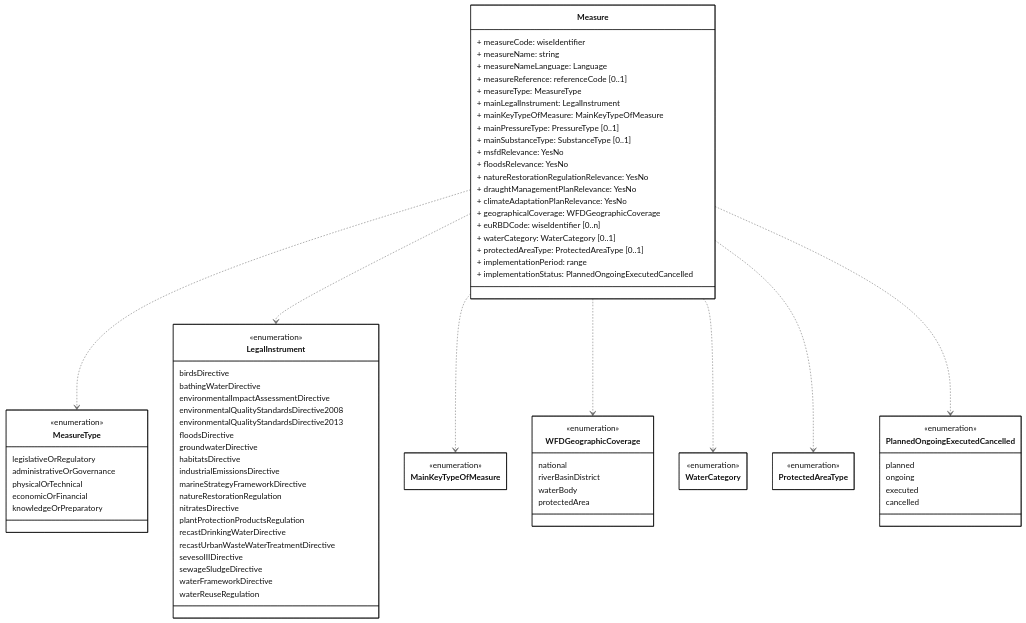
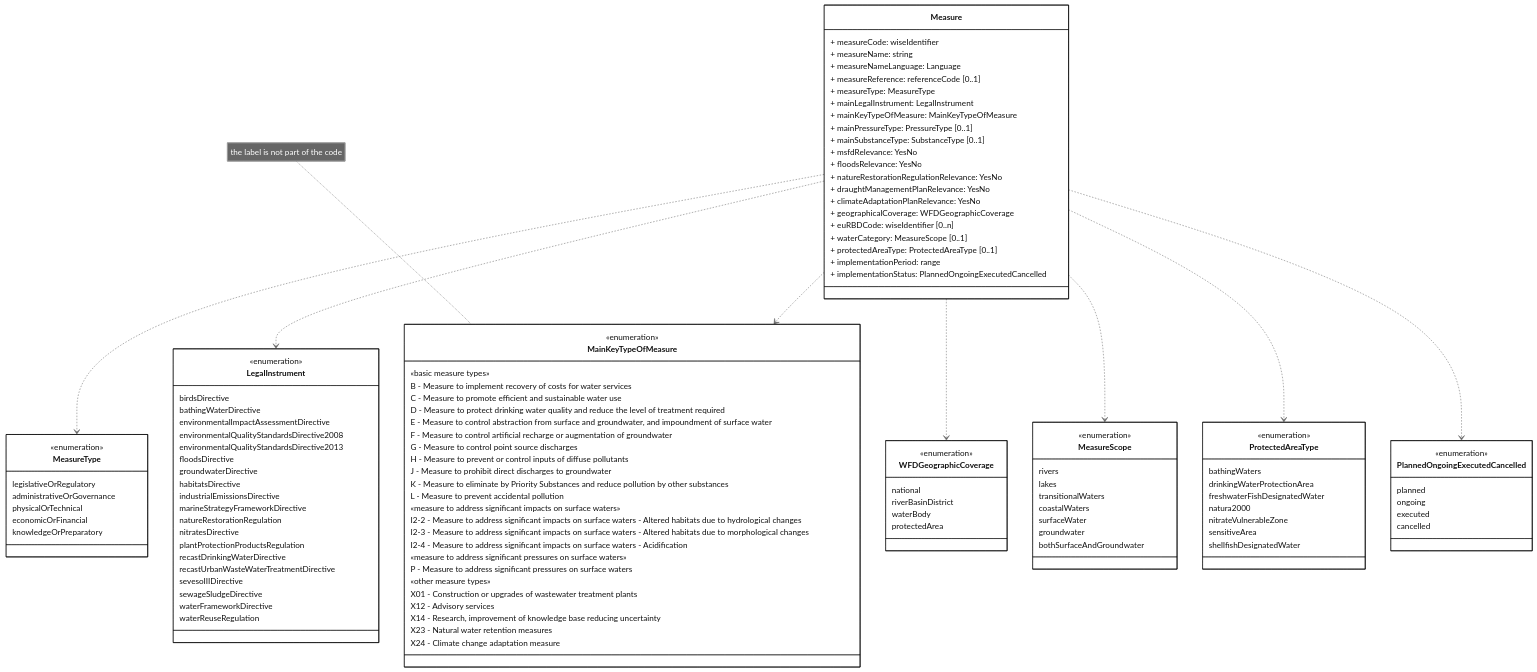
One commit to eeadata/WISE.WFD.Documentation changed the diagram in docs/DataModelReview/mmd/Measures_4thCycle_Measure_ClassDiagram.mmd. Above: the diagram before and after it, drawn with Mermaid. The commit also changed 8 other files, not shown here.

```diff
--- a/docs/DataModelReview/mmd/Measures_4thCycle_Measure_ClassDiagram.mmd
+++ b/docs/DataModelReview/mmd/Measures_4thCycle_Measure_ClassDiagram.mmd
@@ -1,104 +1,143 @@
 ---
 config:
   class:
     hideEmptyMembersBox: true
   layout: dagre
   theme: neutral
 ---
 classDiagram
 direction TB
 
 class Measure {
     + measureCode: wiseIdentifier
     + measureName: string
     + measureNameLanguage: Language
     + measureReference: referenceCode [0..1]
 
     + measureType: MeasureType 
     + mainLegalInstrument: LegalInstrument
     + mainKeyTypeOfMeasure: MainKeyTypeOfMeasure
 
     + mainPressureType: PressureType [0..1]
     + mainSubstanceType: SubstanceType [0..1]
     
     + msfdRelevance: YesNo
     + floodsRelevance: YesNo
     + natureRestorationRegulationRelevance: YesNo
     + draughtManagementPlanRelevance: YesNo
     + climateAdaptationPlanRelevance: YesNo
 
     + geographicalCoverage: WFDGeographicCoverage
     + euRBDCode: wiseIdentifier [0..n]
-    + waterCategory: WaterCategory [0..1]
+    + waterCategory: MeasureScope [0..1]
     + protectedAreaType: ProtectedAreaType [0..1]
 
     + implementationPeriod: range
     + implementationStatus: PlannedOngoingExecutedCancelled
 }
 
 class MeasureType{
     <<enumeration>>
     legislativeOrRegulatory
     administrativeOrGovernance
     physicalOrTechnical
     economicOrFinancial
     knowledgeOrPreparatory
 }
 class LegalInstrument{
     <<enumeration>>
     birdsDirective 
     bathingWaterDirective
     environmentalImpactAssessmentDirective
     environmentalQualityStandardsDirective2008 
     environmentalQualityStandardsDirective2013 
     floodsDirective
     groundwaterDirective 
     habitatsDirective 
     industrialEmissionsDirective
     marineStrategyFrameworkDirective 
     natureRestorationRegulation
     nitratesDirective 
     plantProtectionProductsRegulation
     recastDrinkingWaterDirective
     recastUrbanWasteWaterTreatmentDirective
     sevesoIIIDirective 
     sewageSludgeDirective 
     waterFrameworkDirective
     waterReuseRegulation
 }
 class MainKeyTypeOfMeasure{
     <<enumeration>>
+    «basic measure types»
+    B - Measure to implement recovery of costs for water services
+    C - Measure to promote efficient and sustainable water use
+    D - Measure to protect drinking water quality and reduce the level of treatment required
+    E - Measure to control abstraction from surface and groundwater, and impoundment of surface water
+    F - Measure to control artificial recharge or augmentation of groundwater
+    G - Measure to control point source discharges
+    H - Measure to prevent or control inputs of diffuse pollutants
+    J - Measure to prohibit direct discharges to groundwater
+    K - Measure to eliminate by Priority Substances and reduce pollution by other substances
+    L - Measure to prevent accidental pollution
+    «measure to address significant impacts on surface waters»
+    I2-2 - Measure to address significant impacts on surface waters - Altered habitats due to hydrological changes
+    I2-3 - Measure to address significant impacts on surface waters - Altered habitats due to morphological changes
+    I2-4 - Measure to address significant impacts on surface waters - Acidification
+    «measure to address significant pressures on surface waters»
+    P - Measure to address significant pressures on surface waters
+    «other measure types»
+    X01 - Construction or upgrades of wastewater treatment plants
+    X12 - Advisory services
+    X14 - Research, improvement of knowledge base reducing uncertainty
+    X23 - Natural water retention measures
+    X24 - Climate change adaptation measure
 }
 
 class WFDGeographicCoverage{
     <<enumeration>>
     national
     riverBasinDistrict
     waterBody
     protectedArea    
 }
-class WaterCategory{
+class MeasureScope{
     <<enumeration>>
-}
+    rivers
+    lakes
+    transitionalWaters
+    coastalWaters
+    surfaceWater
+    groundwater
+    bothSurfaceAndGroundwater
+    }
 class ProtectedAreaType{
     <<enumeration>>
+    bathingWaters
+    drinkingWaterProtectionArea
+    freshwaterFishDesignatedWater
+    natura2000
+    nitrateVulnerableZone
+    sensitiveArea
+    shellfishDesignatedWater
 }
 
 class PlannedOngoingExecutedCancelled{
     <<enumeration>>
     planned
     ongoing
     executed
     cancelled
 }
 
 Measure ..> MeasureType
 Measure ..> LegalInstrument
 Measure ..> MainKeyTypeOfMeasure
 Measure ..> WFDGeographicCoverage
-Measure ..> WaterCategory
+Measure ..> MeasureScope
 Measure ..> ProtectedAreaType
 Measure ..> PlannedOngoingExecutedCancelled
 
+note for MainKeyTypeOfMeasure "the label is not part of the code"
+
 classDef default fill:white,stroke:#000;
 classDef forFixing fill:white,stroke:#f00;
```
